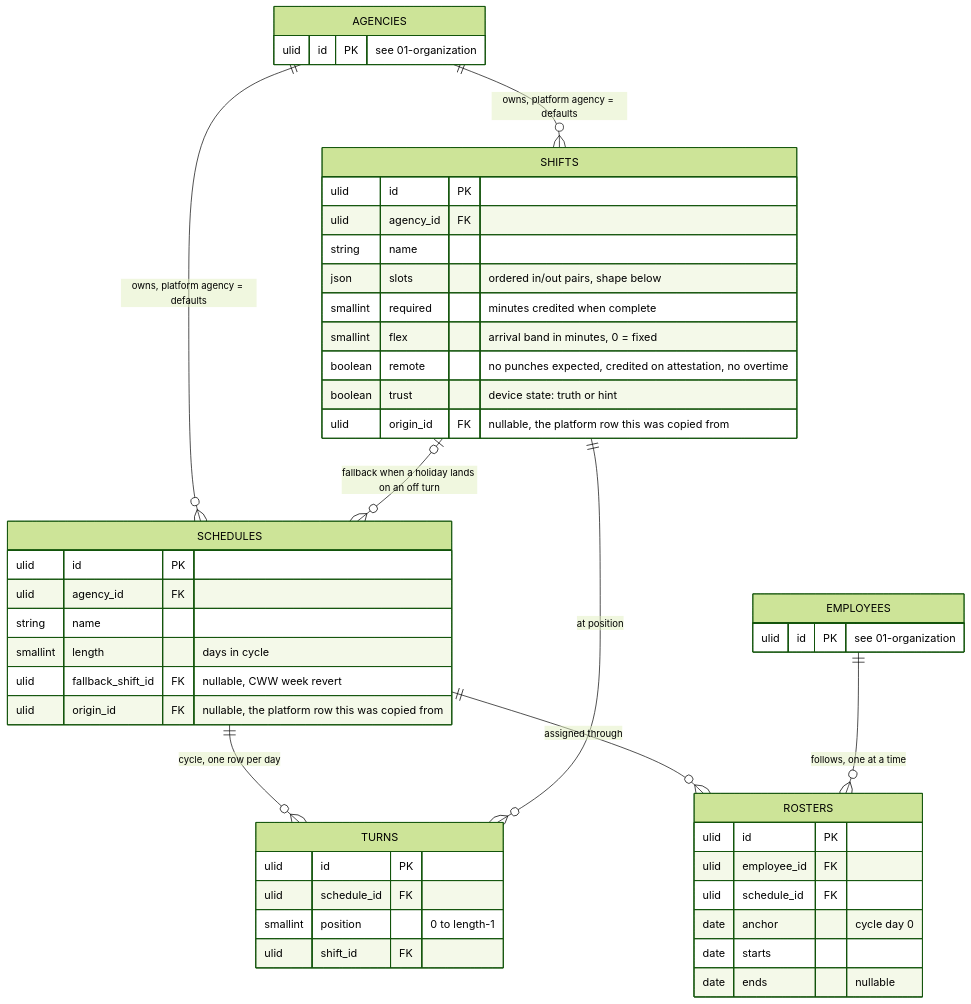
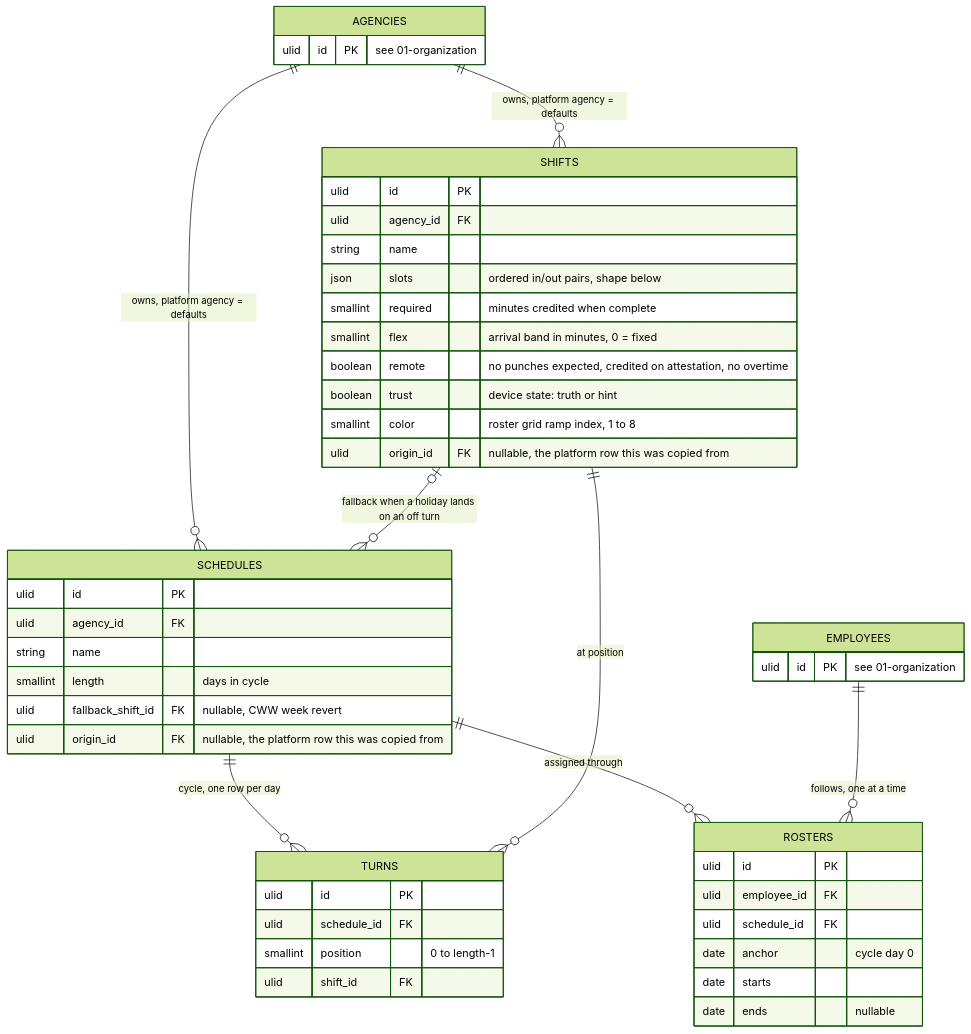
One commit to joowdx/khronoz changed the diagram in docs/design/04-scheduling.md. Above: the diagram before and after it, drawn with Mermaid (forest theme). The commit also changed other lines of this file and 3 other files, not shown here.

````diff
--- a/docs/design/04-scheduling.md
+++ b/docs/design/04-scheduling.md
@@ -3,50 +3,51 @@
 ```mermaid
 erDiagram
     AGENCIES  ||--o{ SHIFTS    : "owns, platform agency = defaults"
     AGENCIES  ||--o{ SCHEDULES : "owns, platform agency = defaults"
     SCHEDULES ||--o{ TURNS     : "cycle, one row per day"
     SHIFTS    ||--o{ TURNS     : "at position"
     SHIFTS    |o--o{ SCHEDULES : "fallback when a holiday lands on an off turn"
     SCHEDULES ||--o{ ROSTERS   : "assigned through"
     EMPLOYEES ||--o{ ROSTERS   : "follows, one at a time"
 
     SHIFTS {
         ulid id PK
         ulid agency_id FK
         string name
         json slots "ordered in/out pairs, shape below"
         smallint required "minutes credited when complete"
         smallint flex "arrival band in minutes, 0 = fixed"
         boolean remote "no punches expected, credited on attestation, no overtime"
         boolean trust "device state: truth or hint"
+        smallint color "roster grid ramp index, 1 to 8"
         ulid origin_id FK "nullable, the platform row this was copied from"
     }
     SCHEDULES {
         ulid id PK
         ulid agency_id FK
         string name
         smallint length "days in cycle"
         ulid fallback_shift_id FK "nullable, CWW week revert"
         ulid origin_id FK "nullable, the platform row this was copied from"
     }
     TURNS {
         ulid id PK
         ulid schedule_id FK
         smallint position "0 to length-1"
         ulid shift_id FK
     }
     ROSTERS {
         ulid id PK
         ulid employee_id FK
         ulid schedule_id FK
         date anchor "cycle day 0"
         date starts
         date ends "nullable"
     }
     AGENCIES {
         ulid id PK "see 01-organization"
     }
     EMPLOYEES {
         ulid id PK "see 01-organization"
     }
 ```
````
